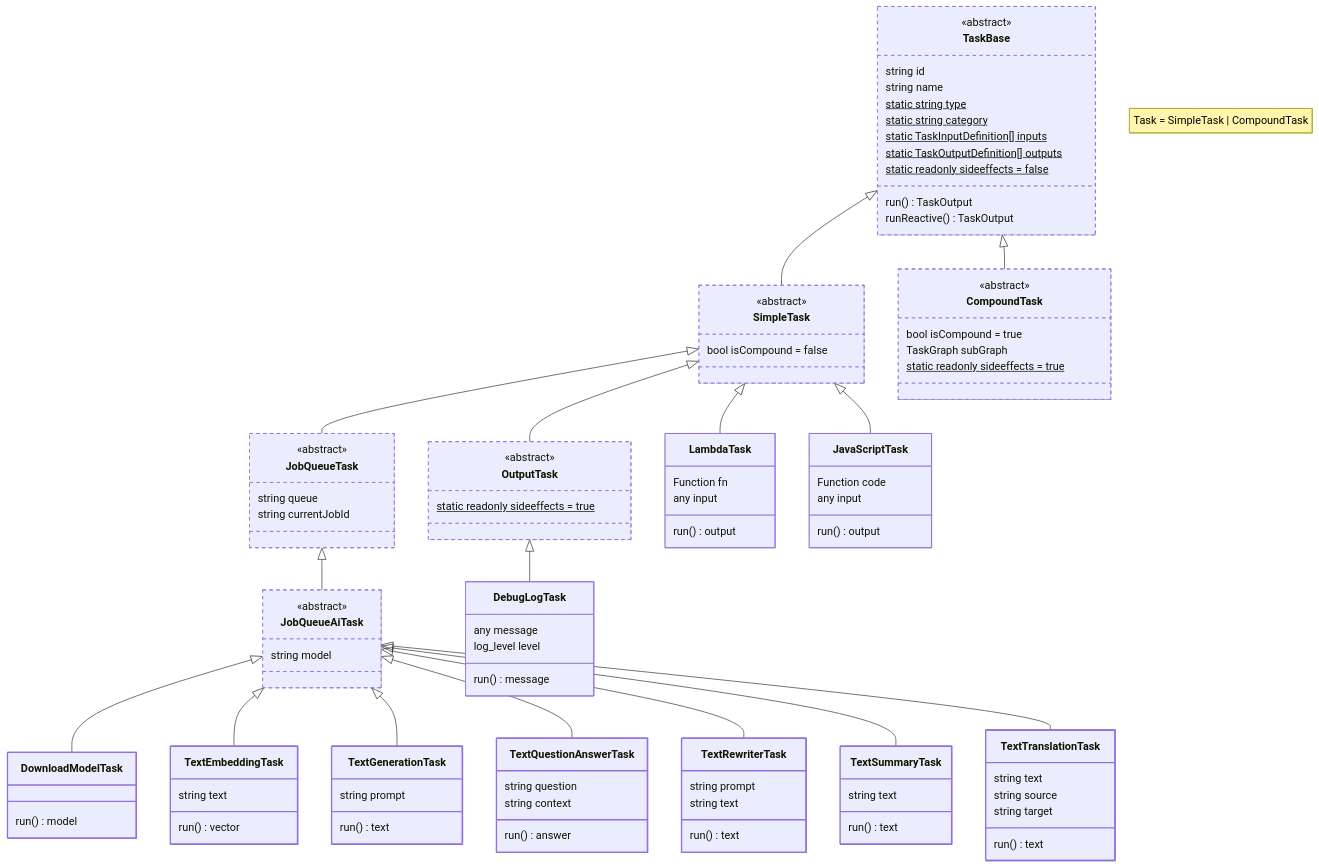
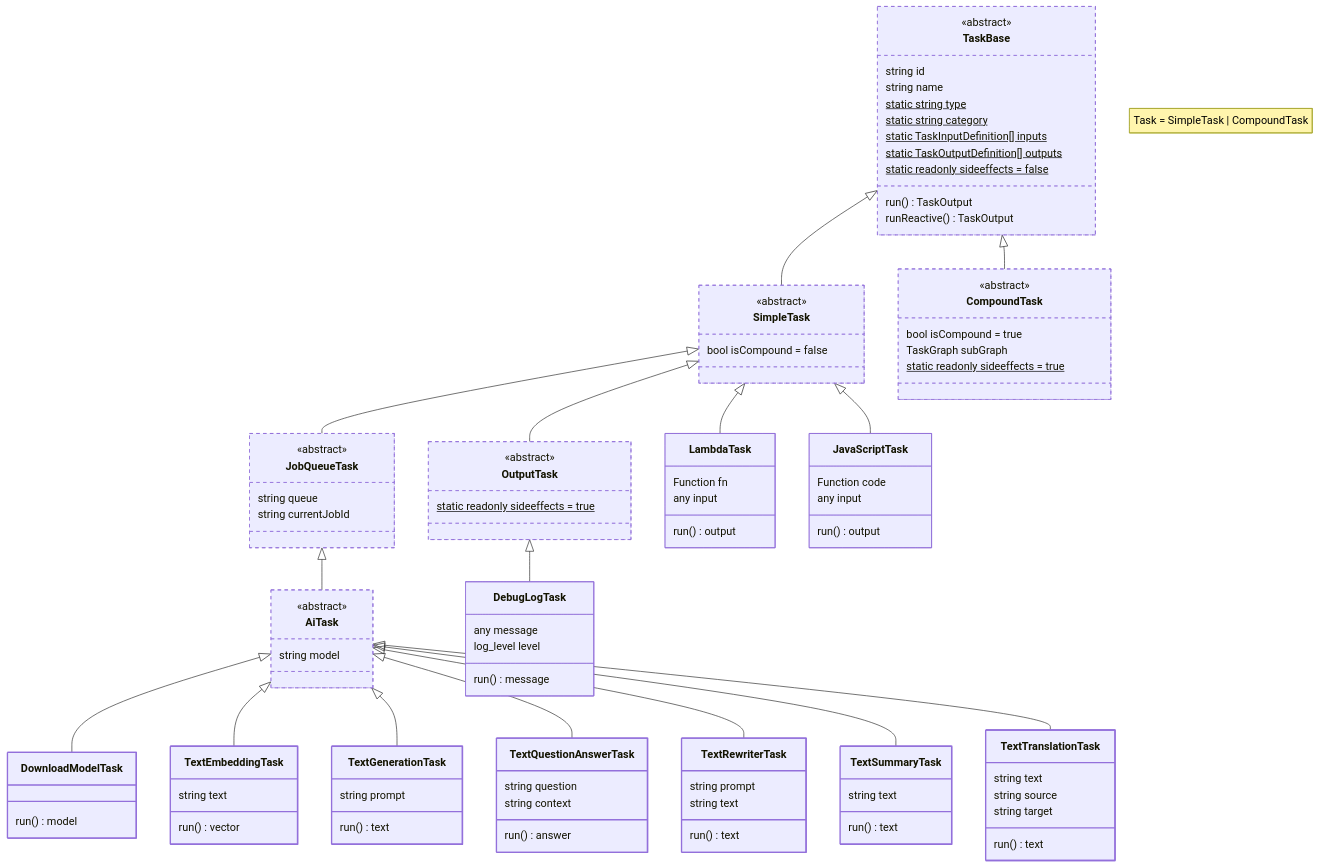
One commit to PodleyAI/podley changed the second of 5 diagrams in docs/developers/02_architecture.md. Above: the diagram before and after it, drawn with Mermaid. The commit also changed 10 other files, not shown here.

First line of the commit message:
refactor: Rename JobQueueAiTask to AiTask

```diff
--- a/docs/developers/02_architecture.md
+++ b/docs/developers/02_architecture.md
@@ -159,33 +159,33 @@
     SimpleTask <|-- JobQueueTask
     style JobQueueTask type:abstract,stroke-dasharray: 5 5
 
-    class JobQueueAiTask{
+    class AiTask{
       string model
     }
-    <<abstract>> JobQueueAiTask
-    JobQueueTask <|-- JobQueueAiTask
-    style JobQueueAiTask type:abstract,stroke-dasharray: 5 5
+    <<abstract>> AiTask
+    JobQueueTask <|-- AiTask
+    style AiTask type:abstract,stroke-dasharray: 5 5
 
 
 
   class DownloadModelTask{
     run() model
   }
-  JobQueueAiTask <|-- DownloadModelTask
+  AiTask <|-- DownloadModelTask
   style DownloadModelTask type:model,stroke-width:2px
 
   class TextEmbeddingTask{
     string text
     run() vector
   }
-  JobQueueAiTask <|-- TextEmbeddingTask
+  AiTask <|-- TextEmbeddingTask
   style TextEmbeddingTask type:model,stroke-width:2px
 
   class TextGenerationTask{
     string prompt
     run() text
   }
-  JobQueueAiTask <|-- TextGenerationTask
+  AiTask <|-- TextGenerationTask
   style TextGenerationTask type:model,stroke-width:2px
 
   class TextQuestionAnswerTask{
@@ -193,7 +193,7 @@
     string context
     run() answer
   }
-  JobQueueAiTask <|-- TextQuestionAnswerTask
+  AiTask <|-- TextQuestionAnswerTask
   style TextQuestionAnswerTask type:model,stroke-width:2px
 
   class TextRewriterTask{
@@ -201,14 +201,14 @@
     string text
     run() text
   }
-  JobQueueAiTask <|-- TextRewriterTask
+  AiTask <|-- TextRewriterTask
   style TextRewriterTask type:model,stroke-width:2px
 
   class TextSummaryTask{
     string text
     run() text
   }
-  JobQueueAiTask <|-- TextSummaryTask
+  AiTask <|-- TextSummaryTask
   style TextSummaryTask type:model,stroke-width:2px
 
   class TextTranslationTask{
@@ -217,7 +217,7 @@
     string target
     run() text
   }
-  JobQueueAiTask <|-- TextTranslationTask
+  AiTask <|-- TextTranslationTask
   style TextTranslationTask type:model,stroke-width:2px
 
   class DebugLogTask{
```
